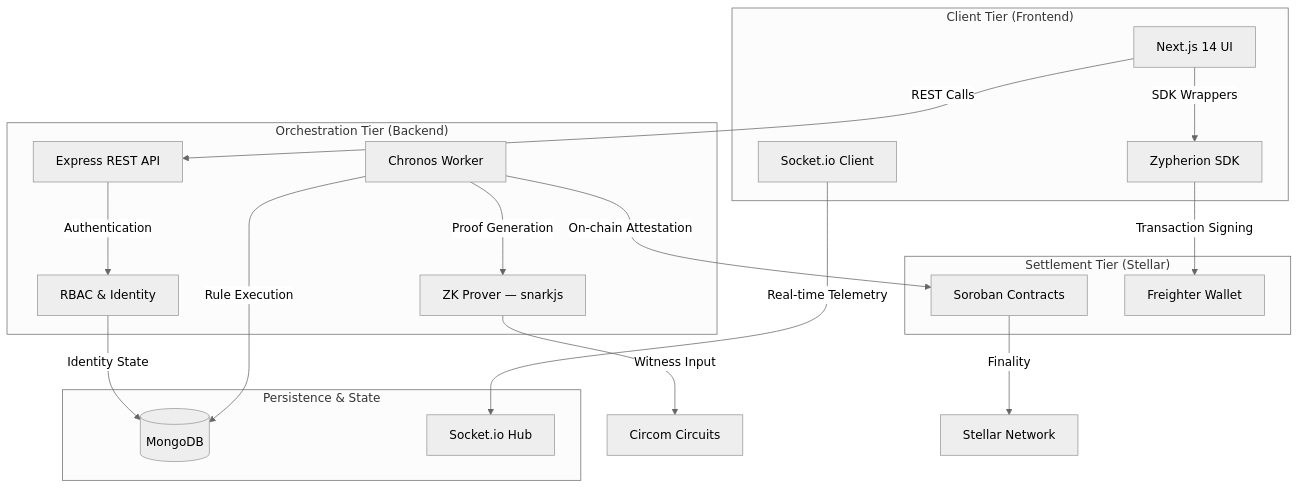
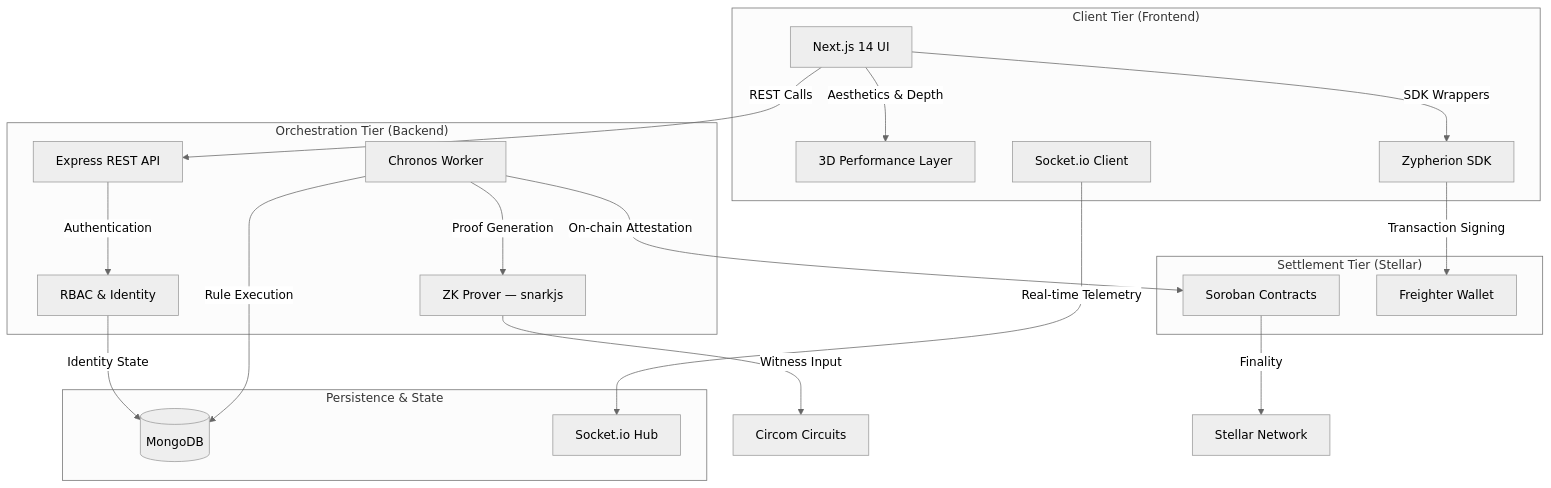
One commit to Pritam9078/ZYPHERION changed the fifth of 6 diagrams in ARCHITECTURE.md. Above: the diagram before and after it, drawn with Mermaid (neutral theme). The commit also changed other lines of this file and 3 other files, not shown here.

````diff
--- a/ARCHITECTURE.md
+++ b/ARCHITECTURE.md
@@ -159,38 +159,41 @@
 ```mermaid
 graph TD
     subgraph Client["Client Tier (Frontend)"]
         UI[Next.js 14 UI]
+        3D[3D Performance Layer]
         V_SDK[Zypherion SDK]
         WS_C[Socket.io Client]
     end
+
+    UI -- "Aesthetics & Depth" --> 3D
 
     subgraph Logic["Orchestration Tier (Backend)"]
         API[Express REST API]
         AUTH[RBAC & Identity]
         CHRONOS[Chronos Worker]
         ZKP[ZK Prover — snarkjs]
     end
 
     subgraph Data["Persistence & State"]
         MDB[(MongoDB)]
         SIO[Socket.io Hub]
     end
 
     subgraph Ledger["Settlement Tier (Stellar)"]
         SOROBAN[Soroban Contracts]
         FREIGHTER[Freighter Wallet]
     end
 
     %% Dependencies
     UI -- "REST Calls" --> API
     UI -- "SDK Wrappers" --> V_SDK
     V_SDK -- "Transaction Signing" --> FREIGHTER
     WS_C -- "Real-time Telemetry" --> SIO
     API -- "Authentication" --> AUTH
     AUTH -- "Identity State" --> MDB
     CHRONOS -- "Rule Execution" --> MDB
     CHRONOS -- "Proof Generation" --> ZKP
     CHRONOS -- "On-chain Attestation" --> SOROBAN
     ZKP -- "Witness Input" --> ZK_CIRC["Circom Circuits"]
     SOROBAN -- "Finality" --> STELLAR["Stellar Network"]
 ```
````
